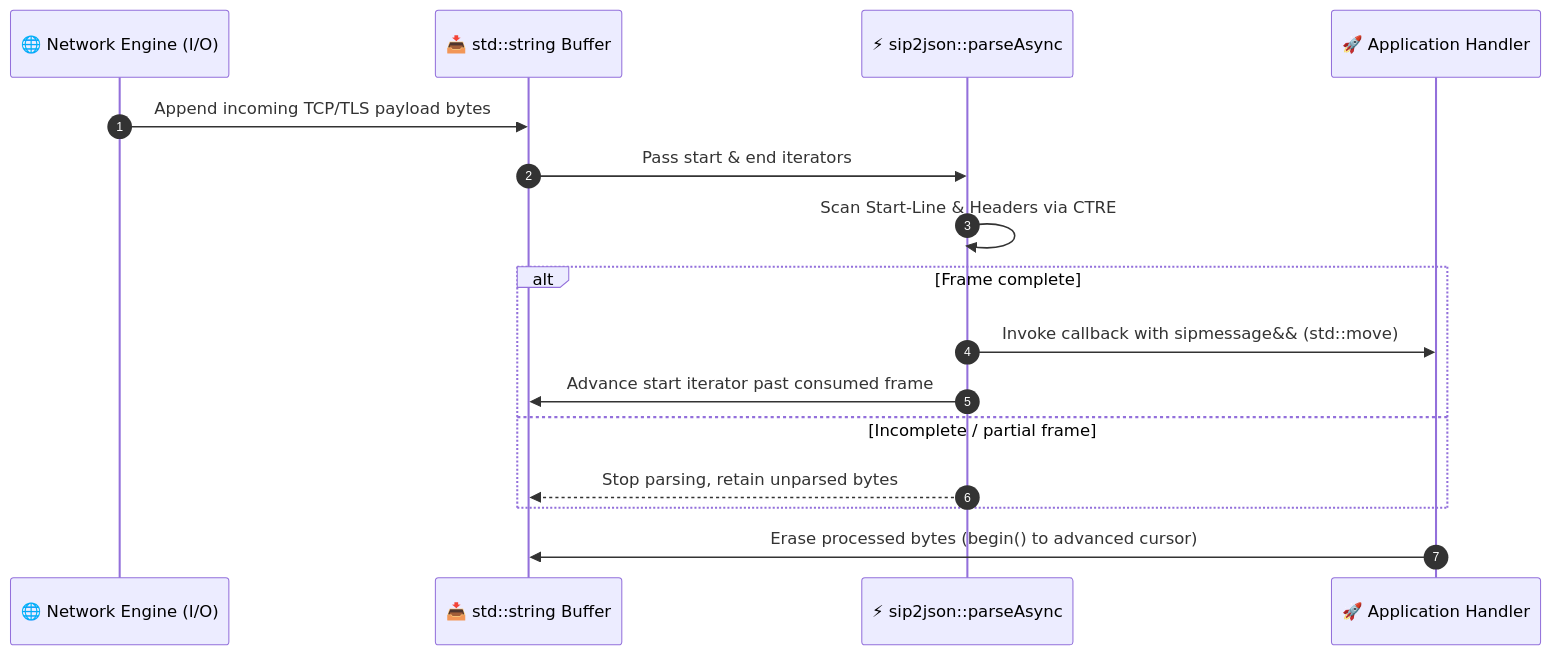
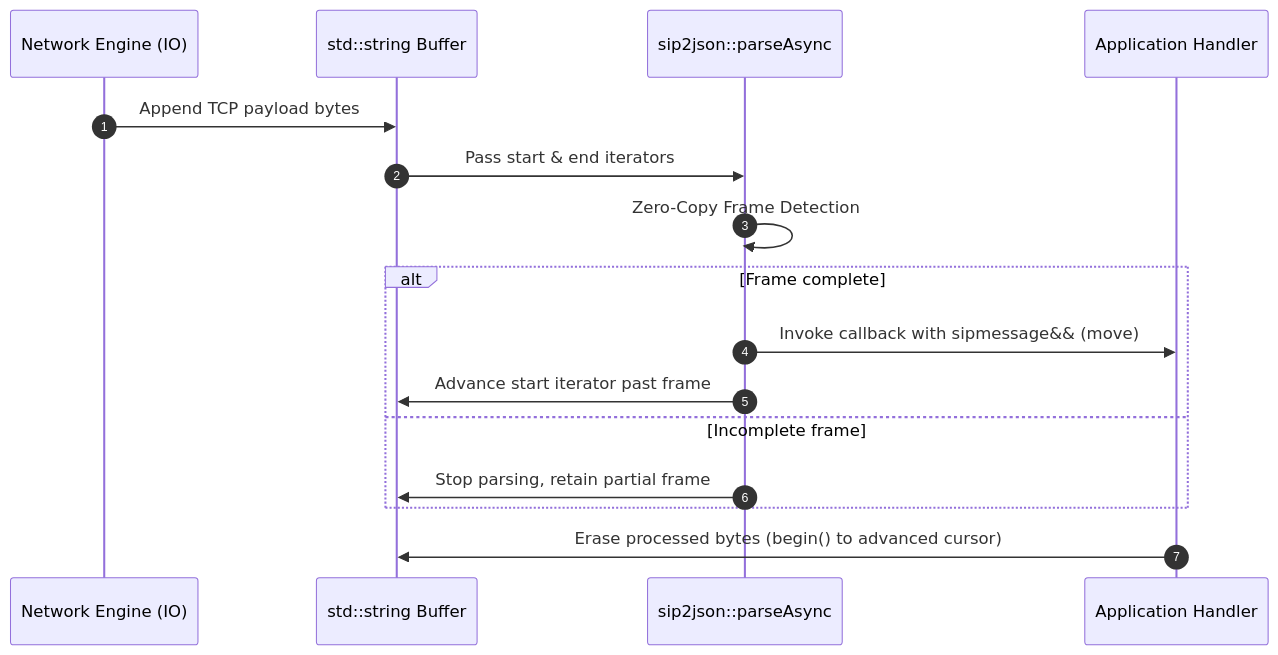
One commit to SiddiqSoft/sip2json changed the diagram in docs/architecture/dataflow.md. Above: the diagram before and after it, drawn with Mermaid. The commit also changed other lines of this file and 81 other files, not shown here.

First line of the commit message:
Release v3.0.0: Zero-Regex C++20 Architecture, Performance Optimizations & Modern Docs (#51)

````diff
--- a/docs/architecture/dataflow.md
+++ b/docs/architecture/dataflow.md
@@ -11,19 +9,19 @@
 ```mermaid
 sequenceDiagram
     autonumber
-    participant Network as 🌐 Network Engine (I/O)
-    participant Buffer as 📥 std::string Buffer
-    participant Parser as ⚡ sip2json::parseAsync
-    participant App as 🚀 Application Handler
+    participant Network as Network Engine (IO)
+    participant Buffer as std::string Buffer
+    participant Parser as sip2json::parseAsync
+    participant App as Application Handler
 
-    Network->>Buffer: Append incoming TCP/TLS payload bytes
+    Network->>Buffer: Append TCP payload bytes
     Buffer->>Parser: Pass start & end iterators
-    Parser->>Parser: Scan Start-Line & Headers via CTRE
+    Parser->>Parser: Zero-Copy Frame Detection
     alt Frame complete
-        Parser->>App: Invoke callback with sipmessage&& (std::move)
-        Parser->>Buffer: Advance start iterator past consumed frame
-    else Incomplete / partial frame
-        Parser-->>Buffer: Stop parsing, retain unparsed bytes
+        Parser->>App: Invoke callback with sipmessage&& (move)
+        Parser->>Buffer: Advance start iterator past frame
+    else Incomplete frame
+        Parser->>Buffer: Stop parsing, retain partial frame
     end
     App->>Buffer: Erase processed bytes (begin() to advanced cursor)
 ```
````
